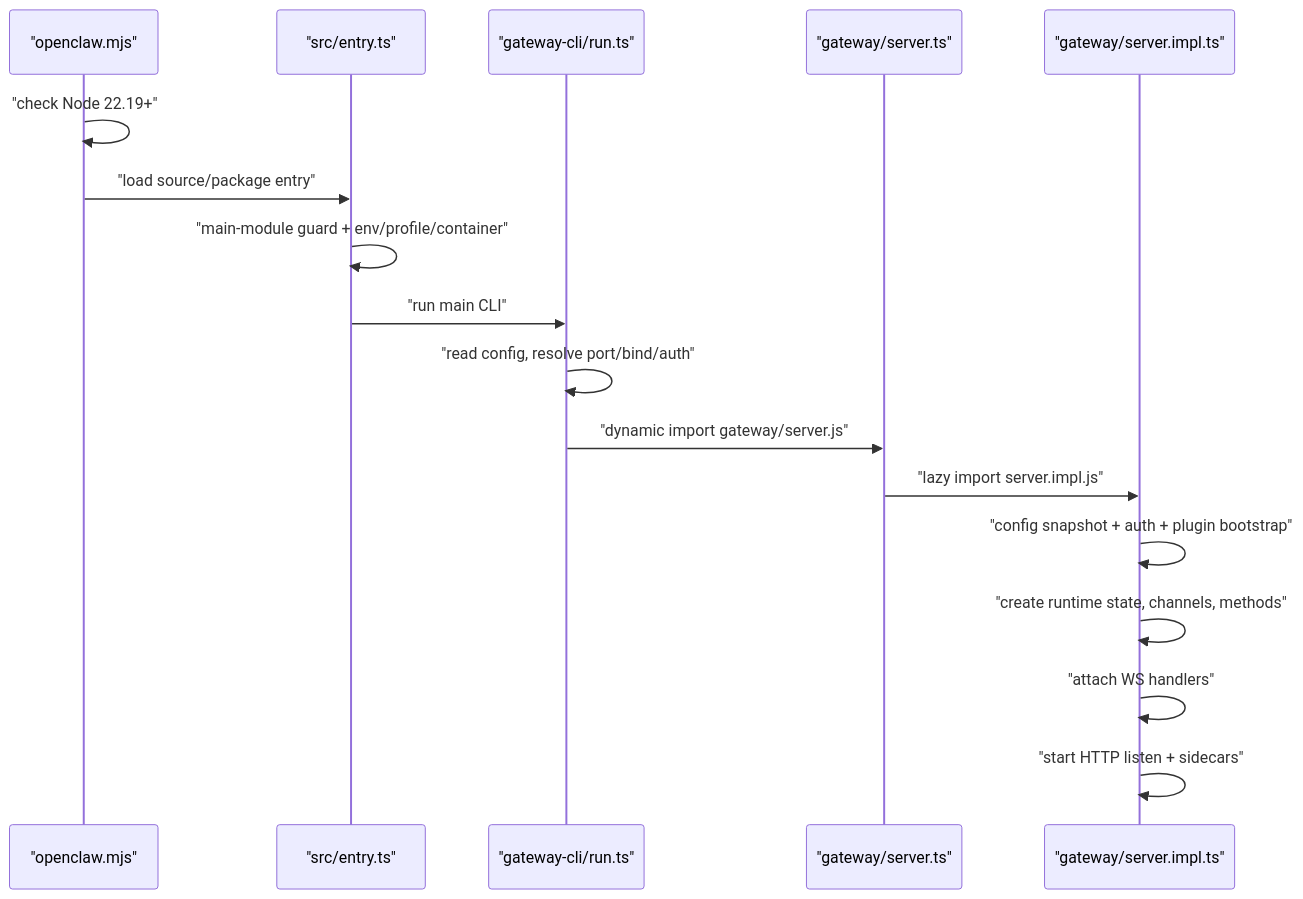
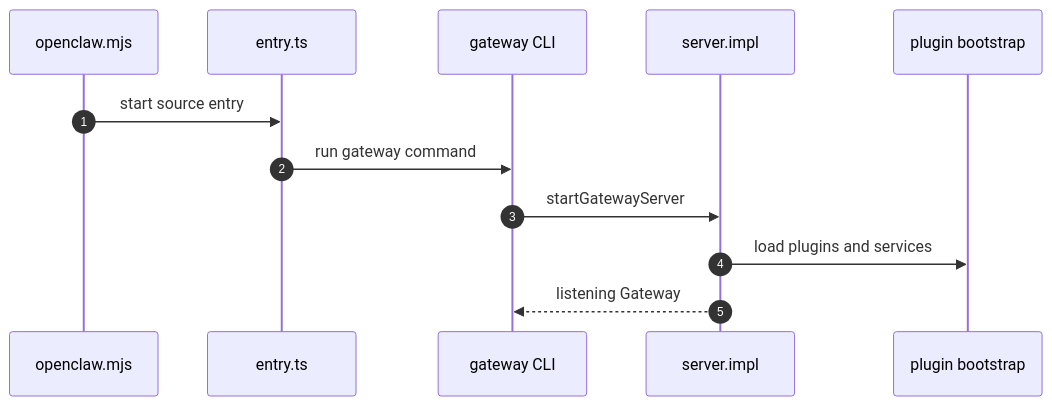
Before and after one commit to skybat007/octopus-research-kit: the first of 3 diagrams in research/openclaw/runtime-flows.md, drawn with Mermaid. The commit also changed other lines of this file and 83 other files, not shown here.

````diff
--- a/research/openclaw/runtime-flows.md
+++ b/research/openclaw/runtime-flows.md
@@ -8,20 +20,14 @@
 ```mermaid
 sequenceDiagram
-  participant Launcher as "openclaw.mjs"
-  participant Entry as "src/entry.ts"
-  participant CLI as "gateway-cli/run.ts"
-  participant Server as "gateway/server.ts"
-  participant Impl as "gateway/server.impl.ts"
-
-  Launcher->>Launcher: "check Node 22.19+"
-  Launcher->>Entry: "load source/package entry"
-  Entry->>Entry: "main-module guard + env/profile/container"
-  Entry->>CLI: "run main CLI"
-  CLI->>CLI: "read config, resolve port/bind/auth"
-  CLI->>Server: "dynamic import gateway/server.js"
-  Server->>Impl: "lazy import server.impl.js"
-  Impl->>Impl: "config snapshot + auth + plugin bootstrap"
-  Impl->>Impl: "create runtime state, channels, methods"
-  Impl->>Impl: "attach WS handlers"
-  Impl->>Impl: "start HTTP listen + sidecars"
+    autonumber
+    participant L as openclaw.mjs
+    participant E as entry.ts
+    participant C as gateway CLI
+    participant S as server.impl
+    participant P as plugin bootstrap
+    L->>E: start source entry
+    E->>C: run gateway command
+    C->>S: startGatewayServer
+    S->>P: load plugins and services
+    S-->>C: listening Gateway
 ```
````
